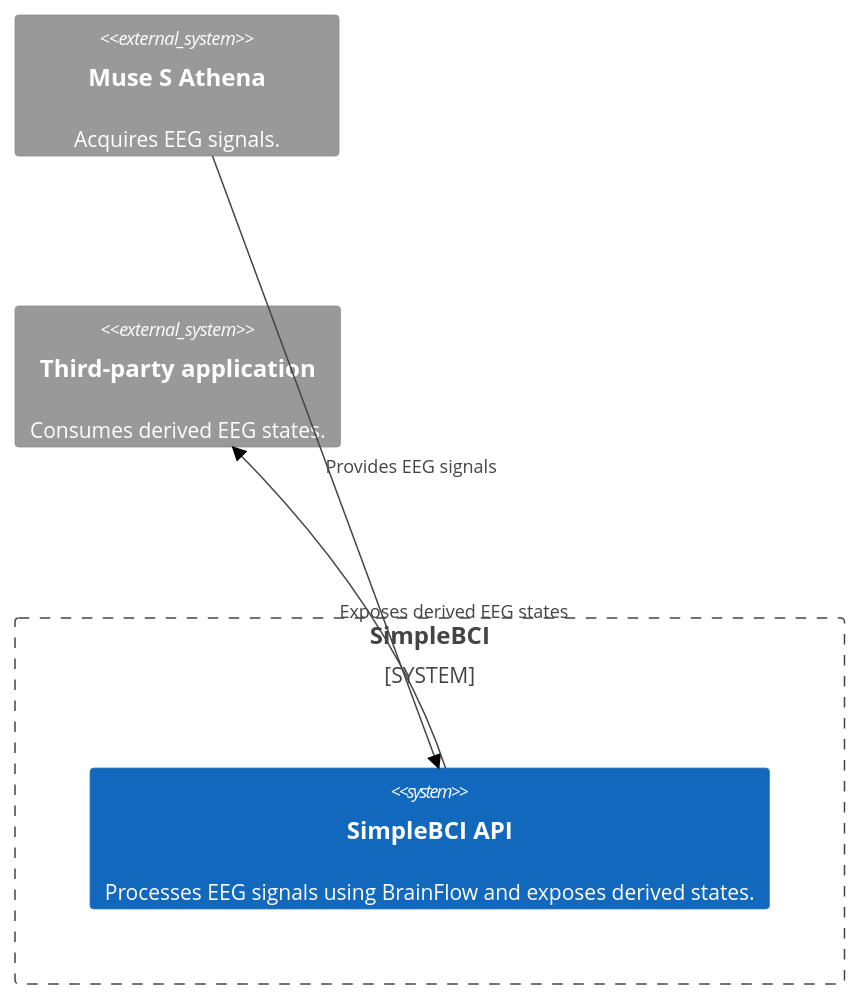
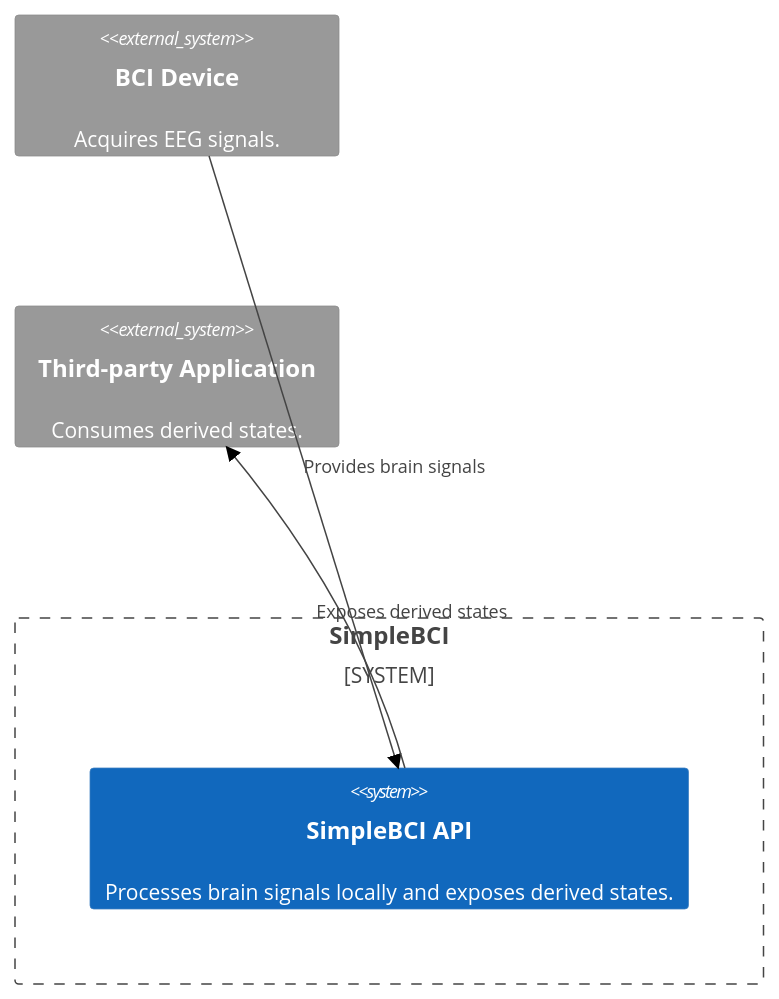
One commit to Ferryry/SimpleBCI changed the first of 2 diagrams in README.md. Above: the diagram before and after it, drawn with Mermaid (forest theme). The commit also changed other lines of this file, not shown here.

````diff
--- a/README.md
+++ b/README.md
@@ -20,15 +15,15 @@
 ```mermaid
 C4Context
     UpdateLayoutConfig($c4ShapeInRow="1", $c4BoundaryInRow="1")
 
-    System_Ext(eeg, "Muse S Athena", "Acquires EEG signals.")
+    System_Ext(eeg, "BCI Device", "Acquires EEG signals.")
 
     System_Boundary(system, "SimpleBCI") {
-        System(api, "SimpleBCI API", "Processes EEG signals using BrainFlow and exposes derived states.")
+        System(api, "SimpleBCI API", "Processes brain signals locally and exposes derived states.")
     }
 
-    System_Ext(app, "Third-party application", "Consumes derived EEG states.")
+    System_Ext(app, "Third-party Application", "Consumes derived states.")
 
-    Rel_Down(eeg, api, "Provides EEG signals")
-    Rel_Down(api, app, "Exposes derived EEG states")
+    Rel_Down(eeg, api, "Provides brain signals")
+    Rel_Down(api, app, "Exposes derived states")
 ```
````
